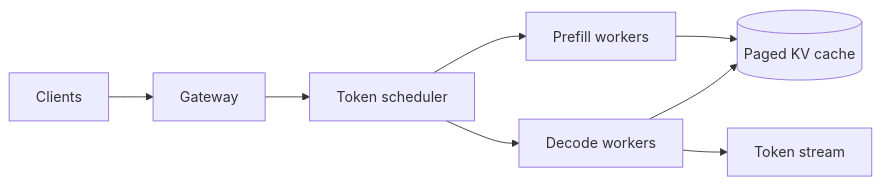
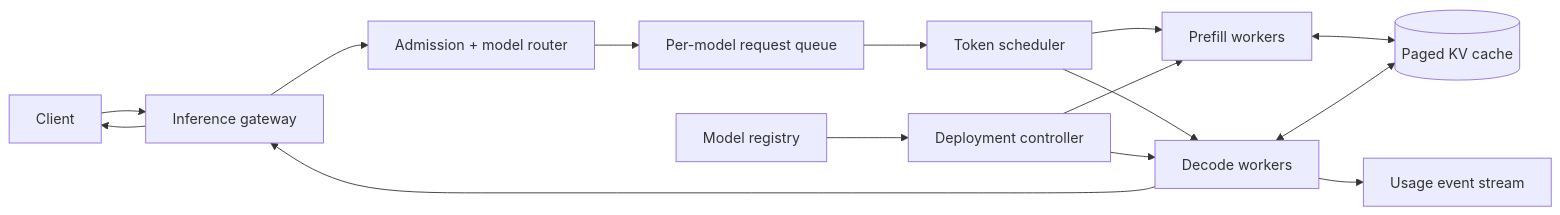
The diagram in src/content/blog/system-design/llm-inference.md (yangzichao/www), drawn with Mermaid before and after one commit. The commit also changed other lines of this file and 18 other files, not shown here.

Commit message:
refactor: Revise URL Shortener design document to enhance clarity and detail on system evolution, API specifications, and architectural considerations

````diff
--- a/src/content/blog/system-design/llm-inference.md
+++ b/src/content/blog/system-design/llm-inference.md
@@ -85,10 +285,18 @@
 ```mermaid
 flowchart LR
-  C[Clients] --> G[Gateway]
-  G --> Q[Token scheduler]
-  Q --> P[Prefill workers]
-  Q --> D[Decode workers]
-  P --> K[(Paged KV cache)]
-  D --> K
-  D --> S[Token stream]
+  C[Client] --> G[Inference gateway]
+  G --> A[Admission + model router]
+  A --> Q[Per-model request queue]
+  Q --> S[Token scheduler]
+  S --> P[Prefill workers]
+  S --> D[Decode workers]
+  P <--> K[(Paged KV cache)]
+  D <--> K
+  D --> G
+  G --> C
+
+  R[Model registry] --> CP[Deployment controller]
+  CP --> P
+  CP --> D
+  D --> U[Usage event stream]
 ```
````
